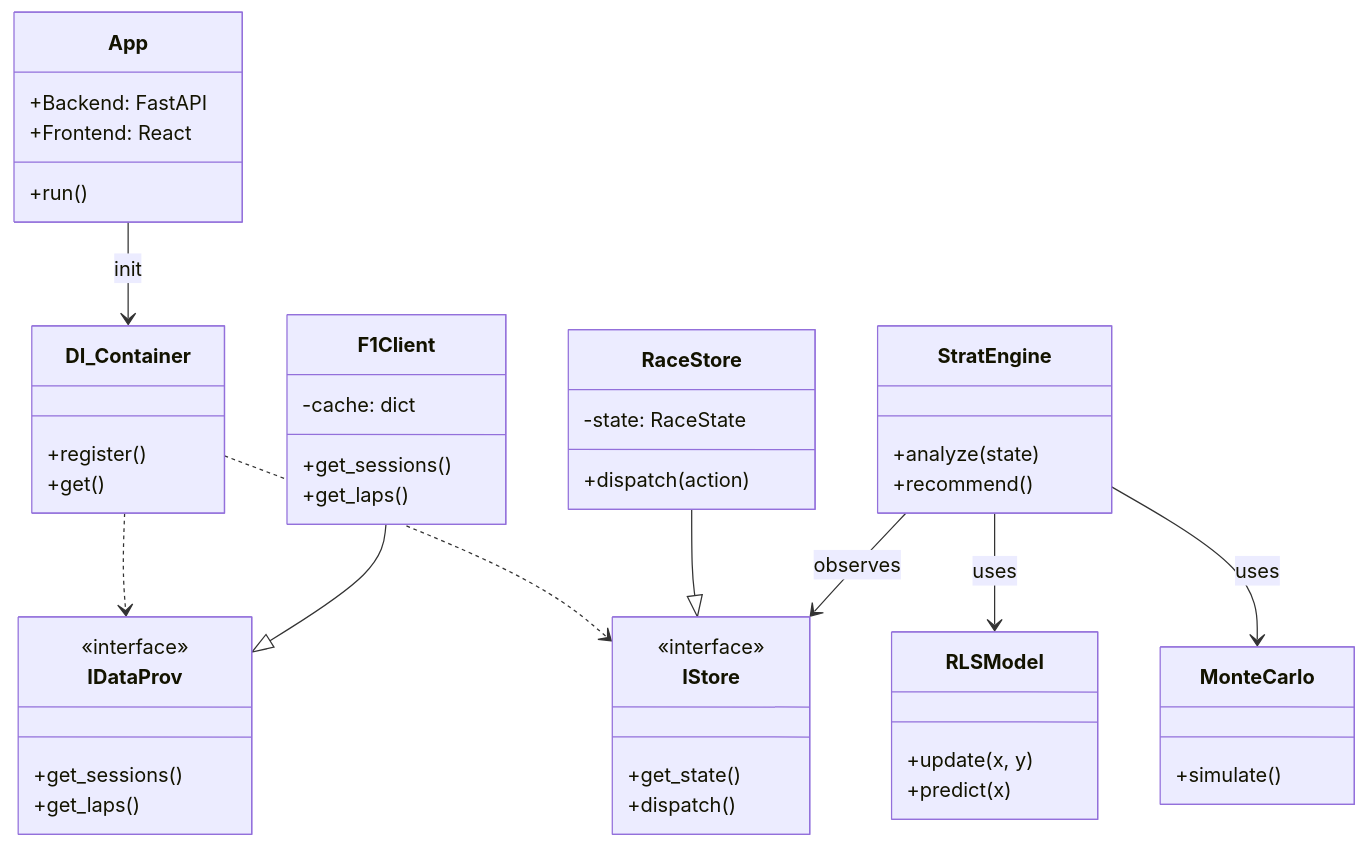
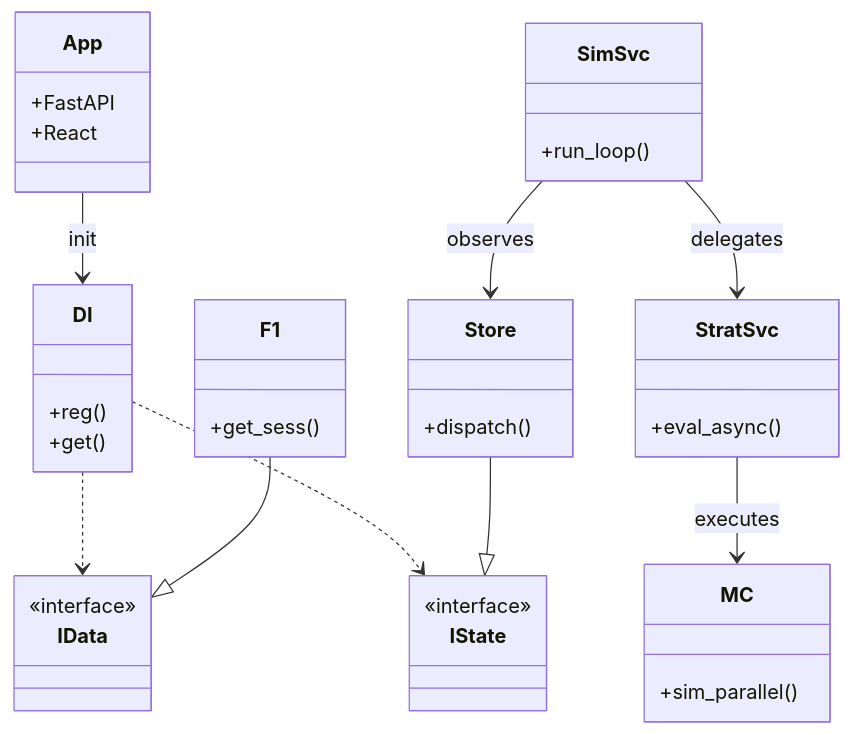
One commit to cagancaliskan/apex changed the third of 3 diagrams in wiki/Architecture.md. Above: the diagram before and after it, drawn with Mermaid. The commit also changed other lines of this file and 171 other files, not shown here.

Commit message:
feat: Release V2.0.1 - Service-oriented architecture, React/TSX frontend, and updated docs

````diff
--- a/wiki/Architecture.md
+++ b/wiki/Architecture.md
@@ -95,68 +100,59 @@
 ```mermaid
 classDiagram
     direction TB
 
-    %% Application Core
+    %% Apps
     class App {
-        +Backend: FastAPI
-        +Frontend: React
-        +run()
+        +FastAPI
+        +React
     }
 
-    class DI_Container {
-        +register()
+    class DI {
+        +reg()
         +get()
     }
 
     %% Interfaces
-    class IDataProv {
+    class IData {
         <<interface>>
-        +get_sessions()
-        +get_laps()
     }
     
-    class IStore {
+    class IState {
         <<interface>>
-        +get_state()
+    }
+    
+    %% Impl
+    class F1 {
+        +get_sess()
+    }
+
+    class Store {
         +dispatch()
     }
-    
-    %% Implementations
-    class F1Client {
-        -cache: dict
-        +get_sessions()
-        +get_laps()
+
+    %% Services
+    class SimSvc {
+        +run_loop()
     }
 
-    class RaceStore {
-        -state: RaceState
-        +dispatch(action)
+    class StratSvc {
+        +eval_async()
     }
 
-    %% Strategy Engine
-    class StratEngine {
-        +analyze(state)
-        +recommend()
-    }
-    
-    class RLSModel {
-        +update(x, y)
-        +predict(x)
+    %% Strat
+    class MC {
+        +sim_parallel()
     }
 
-    class MonteCarlo {
-        +simulate()
-    }
-
-    %% Relationships
-    App --> DI_Container : init
-    DI_Container ..> IDataProv
-    DI_Container ..> IStore
+    %% Links
+    App --> DI : init
+    DI ..> IData
+    DI ..> IState
     
-    F1Client --|> IDataProv
-    RaceStore --|> IStore
+    F1 --|> IData
+    Store --|> IState
     
-    StratEngine --> IStore : observes
-    StratEngine --> RLSModel : uses
-    StratEngine --> MonteCarlo : uses
+    SimSvc --> Store : observes
+    SimSvc --> StratSvc : delegates
+    StratSvc --> MC : executes
 ```
````
